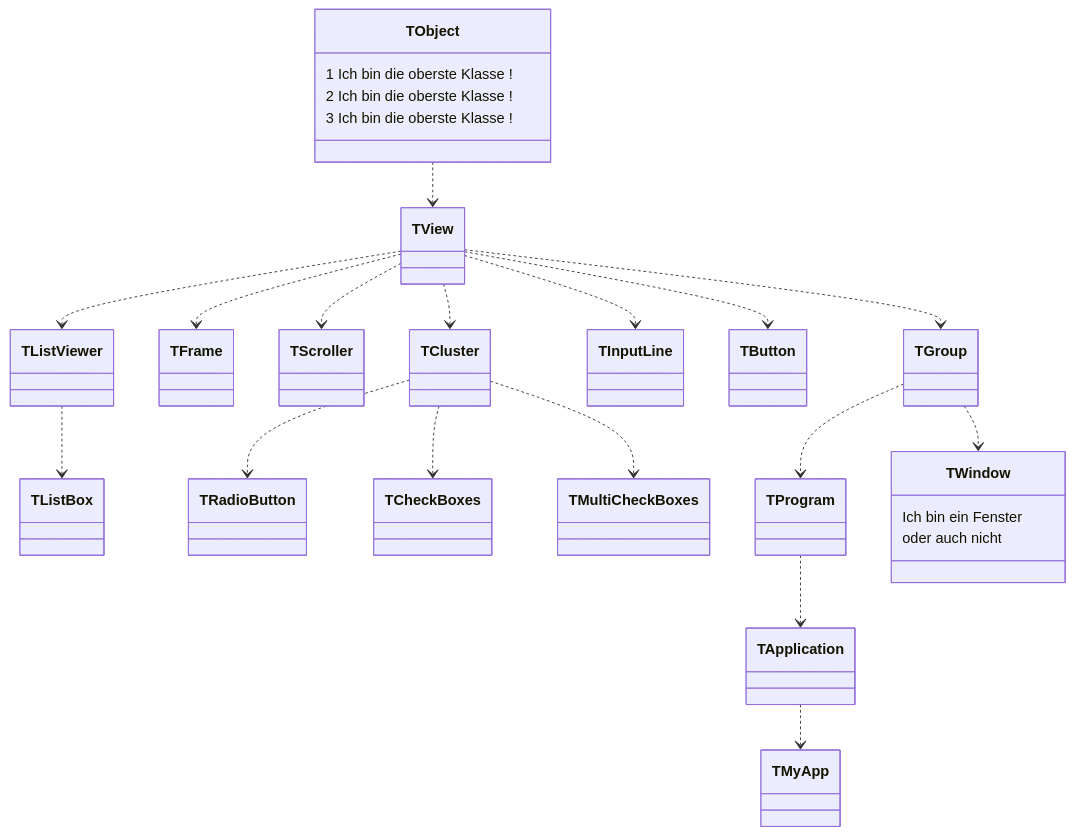
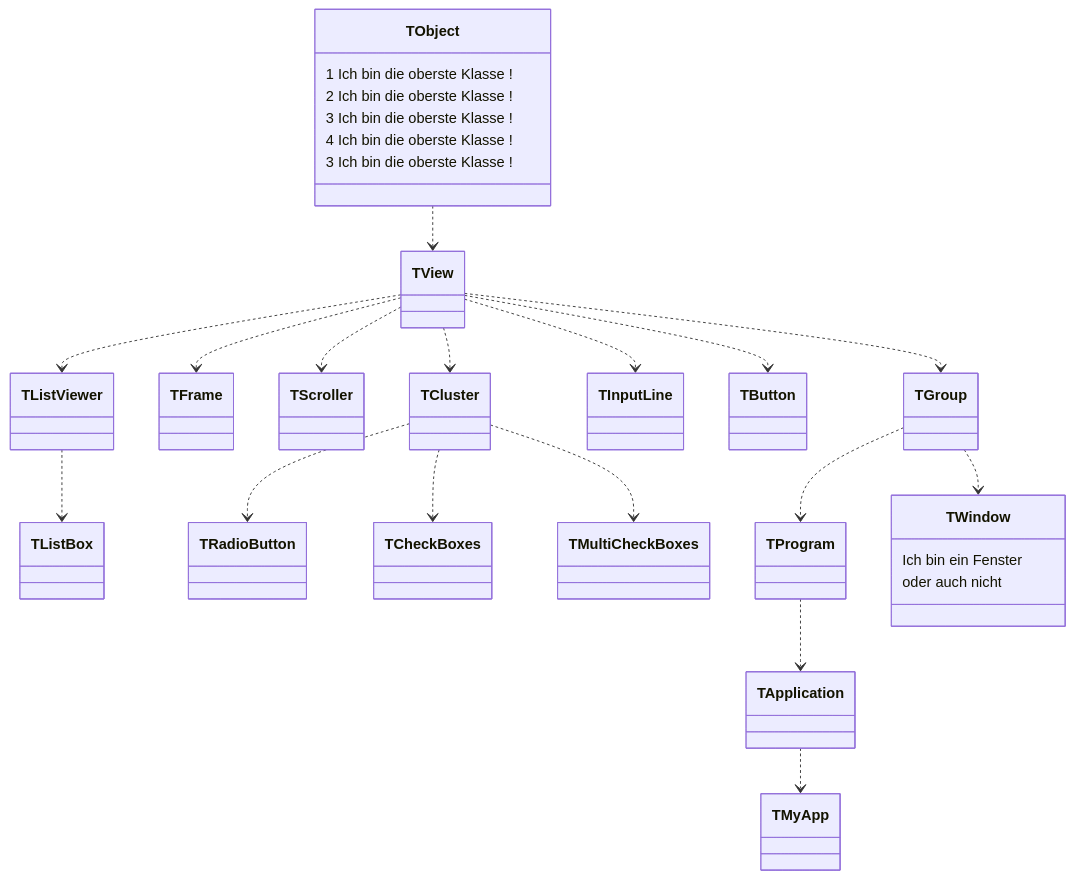
The diagram in 99_Test/GIT_Chart_Test/readme.md (sechshelme/Lazarus-FreeVision-Tutorial), drawn with Mermaid before and after one commit.

````diff
--- a/99_Test/GIT_Chart_Test/readme.md
+++ b/99_Test/GIT_Chart_Test/readme.md
@@ -3,28 +3,30 @@
 ```mermaid
 classDiagram
 
 
 TObject ..> TView
 TObject: 1 Ich bin die oberste Klasse !
 TObject: 2 Ich bin die oberste Klasse !
+TObject: 3 Ich bin die oberste Klasse !
+TObject : 4 Ich bin die oberste Klasse !
 TObject: 3 Ich bin die oberste Klasse !
 TView ..> TGroup
 TView ..> TFrame
 TView ..> TScroller
 TView ..> TListViewer
 TListViewer ..> TListBox
 TView ..> TInputLine
 TView ..> TButton
 TView ..> TCluster
 TCluster ..> TRadioButton
 TCluster ..> TCheckBoxes
 TCluster ..> TMultiCheckBoxes
 TGroup ..> TProgram
 TGroup ..> TWindow
 TProgram ..> TApplication 
 TApplication ..> TMyApp
 class TWindow {
   Ich bin ein Fenster
   oder auch nicht
 }
 ```
````
